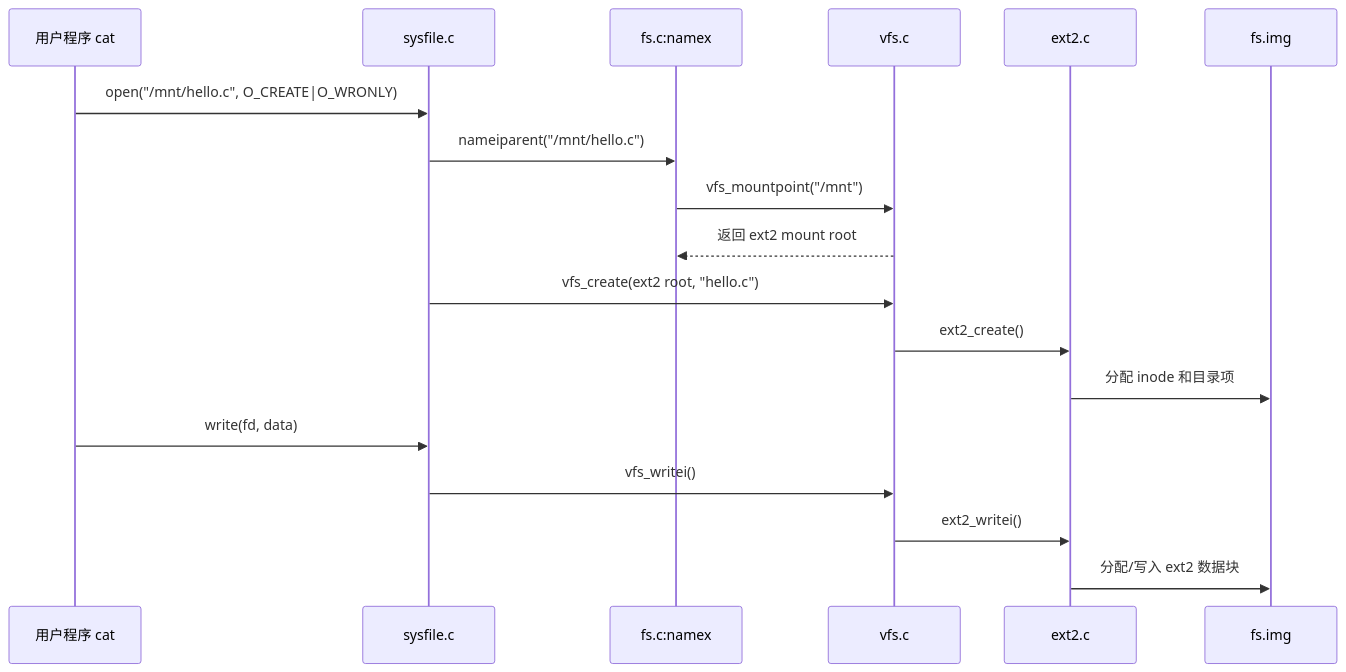
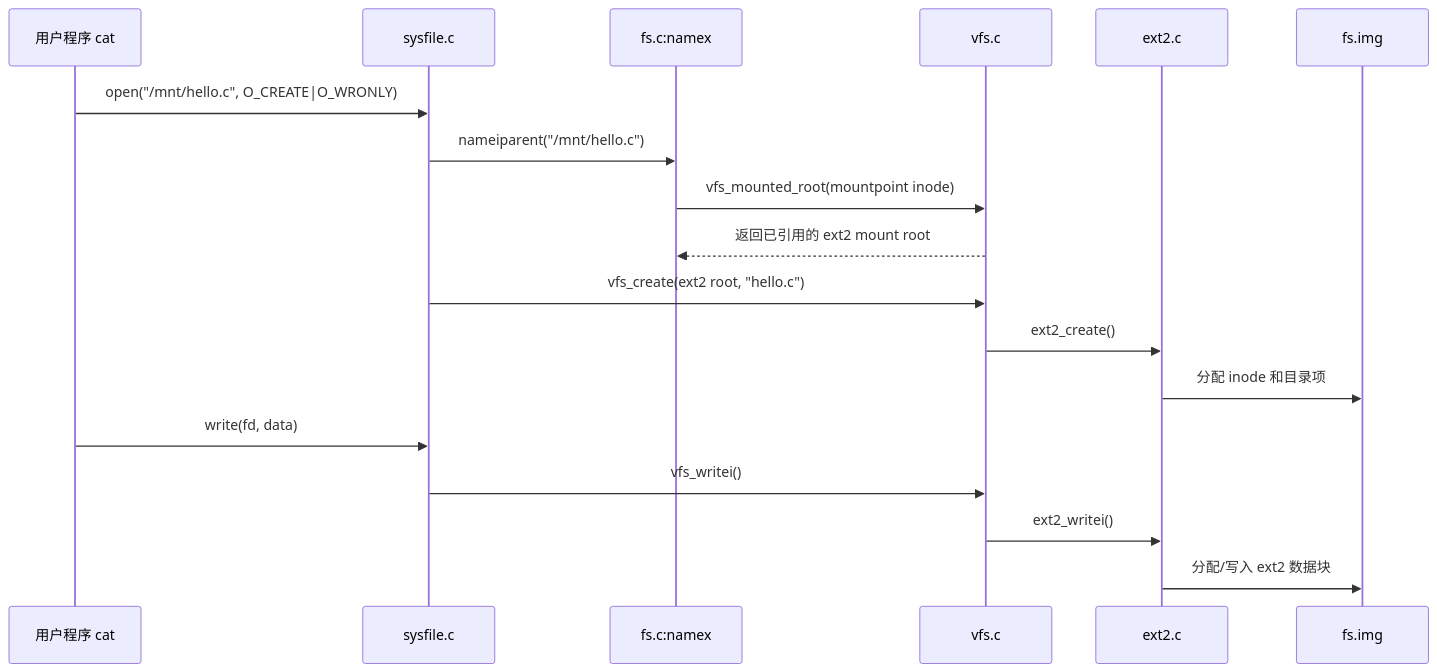
The second of 2 diagrams in docs/design.md (twilight-8/Nscscc-xv6-net-dynlink), drawn with Mermaid before and after one commit. The commit also changed other lines of this file and 56 other files, not shown here.

````diff
--- a/docs/design.md
+++ b/docs/design.md
@@ -179,21 +186,21 @@
 ```mermaid
 sequenceDiagram
     participant User as 用户程序 cat
     participant Sys as sysfile.c
     participant FS as fs.c:namex
     participant VFS as vfs.c
     participant EXT2 as ext2.c
     participant Disk as fs.img
 
     User->>Sys: open("/mnt/hello.c", O_CREATE|O_WRONLY)
     Sys->>FS: nameiparent("/mnt/hello.c")
-    FS->>VFS: vfs_mountpoint("/mnt")
-    VFS-->>FS: 返回 ext2 mount root
+    FS->>VFS: vfs_mounted_root(mountpoint inode)
+    VFS-->>FS: 返回已引用的 ext2 mount root
     Sys->>VFS: vfs_create(ext2 root, "hello.c")
     VFS->>EXT2: ext2_create()
     EXT2->>Disk: 分配 inode 和目录项
     User->>Sys: write(fd, data)
     Sys->>VFS: vfs_writei()
     VFS->>EXT2: ext2_writei()
     EXT2->>Disk: 分配/写入 ext2 数据块
 ```
````
